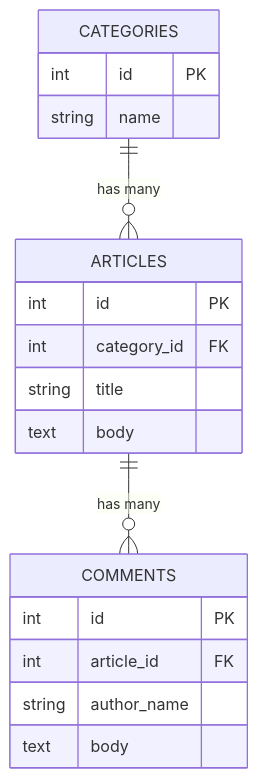
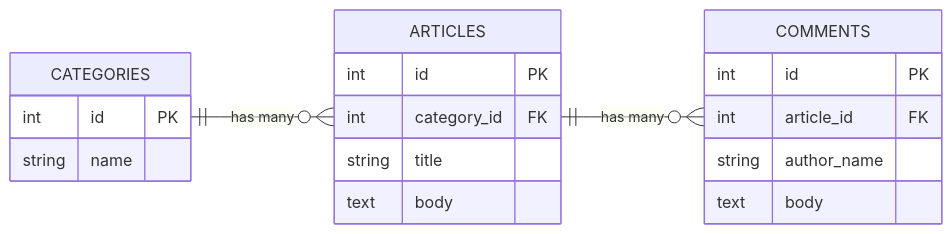
Before and after one commit to TORIFUKUKaiou/rails-dojo-year2-content: the fourth of 4 diagrams in 03/orientation.md, drawn with Mermaid.

Commit message:
Add direction LR to week 03 ER diagram

````diff
--- a/03/orientation.md
+++ b/03/orientation.md
@@ -210,24 +210,25 @@
 ```mermaid
 erDiagram
+    direction LR
     CATEGORIES ||--o{ ARTICLES : "has many"
     ARTICLES ||--o{ COMMENTS : "has many"
 
     CATEGORIES {
       int id PK
       string name
     }
 
     ARTICLES {
       int id PK
       int category_id FK
       string title
       text body
     }
 
     COMMENTS {
       int id PK
       int article_id FK
       string author_name
       text body
     }
 ```
````
